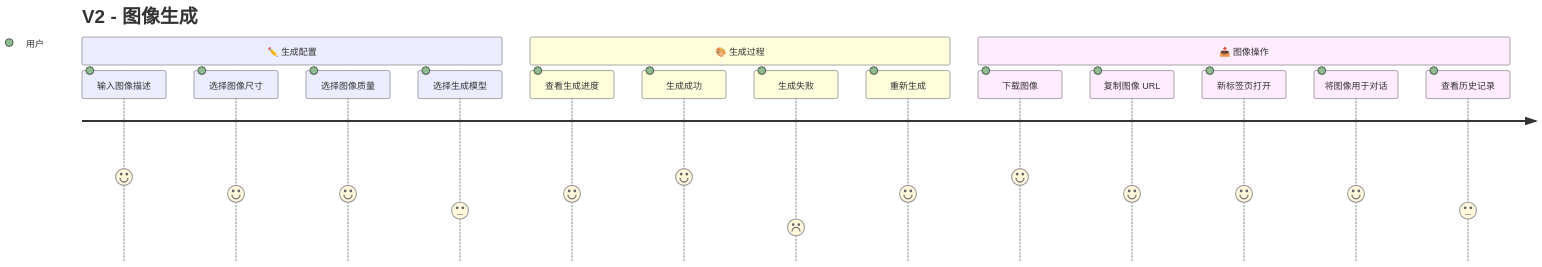
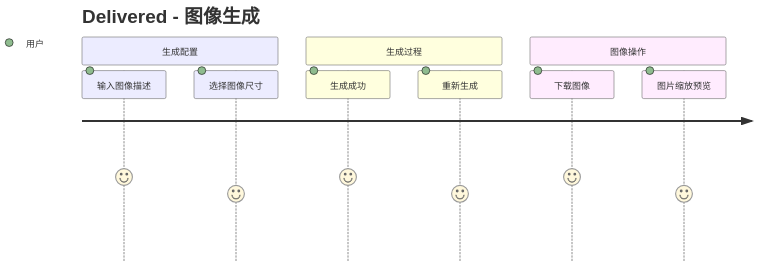
The fourth of 14 diagrams in docs/User-Story-Map.md (felixzhu97/explore-ai), drawn with Mermaid before and after one commit. The commit also changed other lines of this file and 13 other files, not shown here.

````diff
--- a/docs/User-Story-Map.md
+++ b/docs/User-Story-Map.md
@@ -90,20 +102,13 @@
 ```mermaid
 journey
-    title V2 - 图像生成
-    section ✏️ 生成配置
+    title Delivered - 图像生成
+    section 生成配置
         输入图像描述: 5: 用户
         选择图像尺寸: 4: 用户
-        选择图像质量: 4: 用户
-        选择生成模型: 3: 用户
-    section 🎨 生成过程
-        查看生成进度: 4: 用户
+    section 生成过程
         生成成功: 5: 用户
-        生成失败: 2: 用户
         重新生成: 4: 用户
-    section 📥 图像操作
+    section 图像操作
         下载图像: 5: 用户
-        复制图像 URL: 4: 用户
-        新标签页打开: 4: 用户
-        将图像用于对话: 4: 用户
-        查看历史记录: 3: 用户
+        图片缩放预览: 4: 用户
 ```
````
